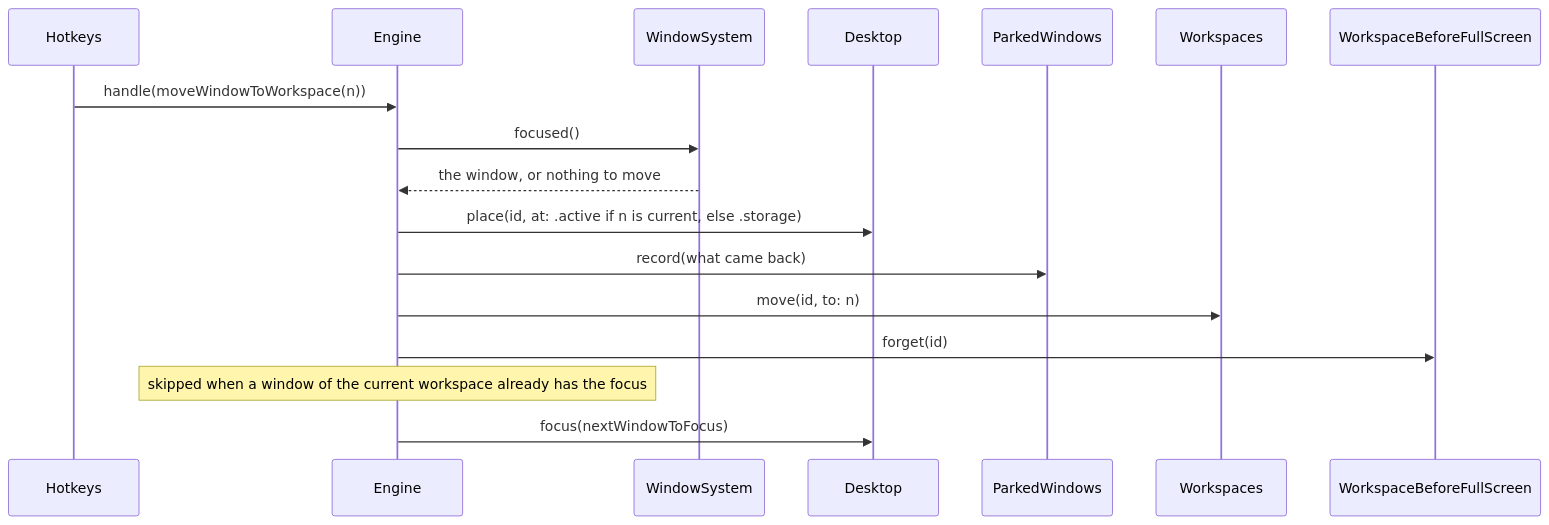
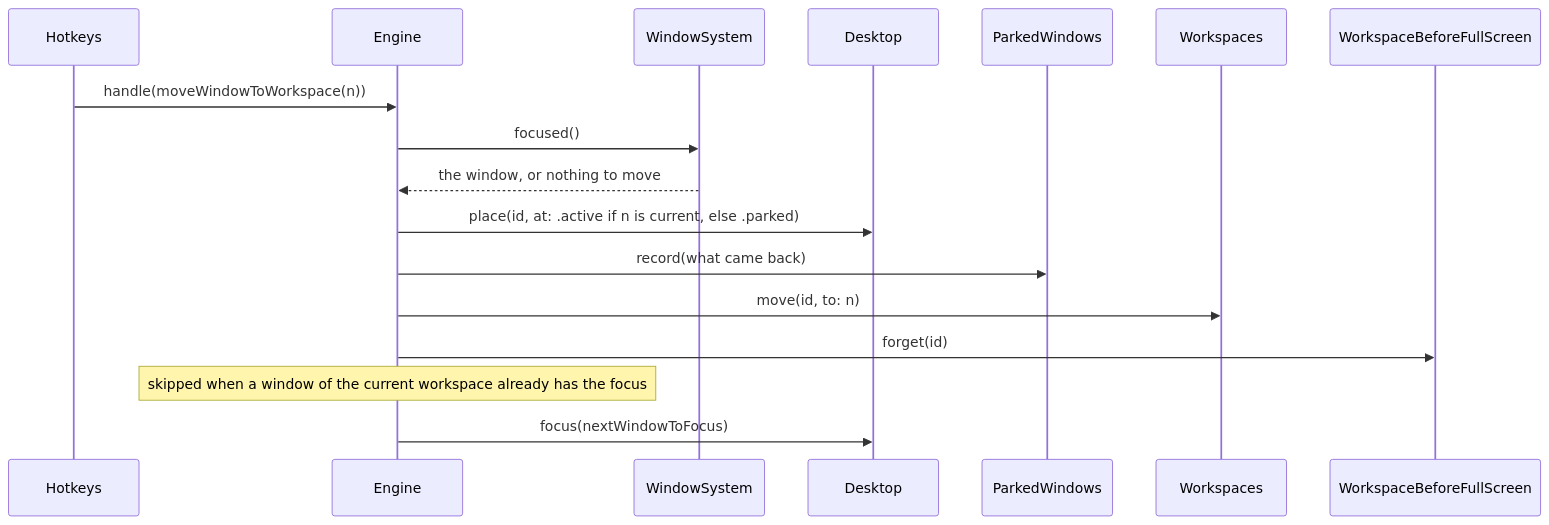
One commit to brennovich/ottowm changed the ninth of 17 diagrams in ARCHITECTURE.md. Above: the diagram before and after it, drawn with Mermaid. The commit also changed other lines of this file and 16 other files, not shown here.

First line of the commit message:
Rename the storage placement to parked

````diff
--- a/ARCHITECTURE.md
+++ b/ARCHITECTURE.md
@@ -196,12 +196,12 @@
 ```mermaid
 sequenceDiagram
     Hotkeys->>Engine: handle(moveWindowToWorkspace(n))
     Engine->>WindowSystem: focused()
     WindowSystem-->>Engine: the window, or nothing to move
-    Engine->>Desktop: place(id, at: .active if n is current, else .storage)
+    Engine->>Desktop: place(id, at: .active if n is current, else .parked)
     Engine->>ParkedWindows: record(what came back)
     Engine->>Workspaces: move(id, to: n)
     Engine->>WorkspaceBeforeFullScreen: forget(id)
     Note over Engine: skipped when a window of the current workspace already has the focus
     Engine->>Desktop: focus(nextWindowToFocus)
 ```
````
